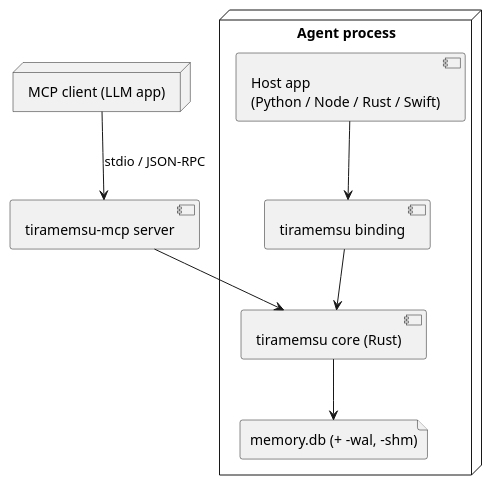
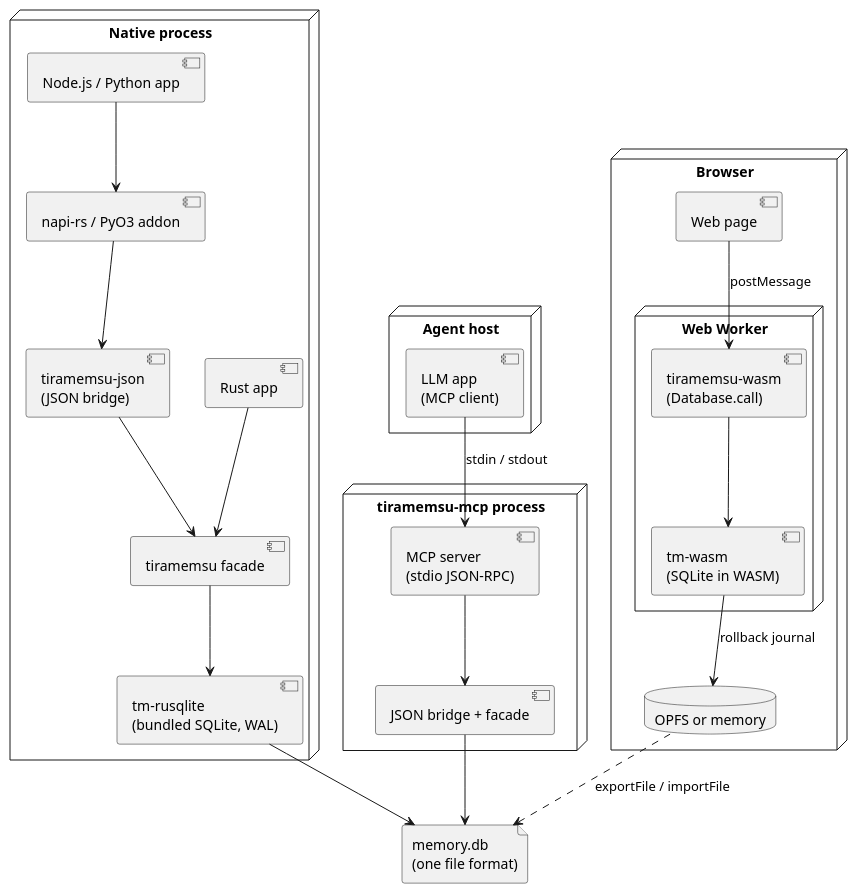
One commit to Volland/tiramemsu changed the fourth of 4 diagrams in lat.md/architecture.md. Above: the diagram before and after it, drawn with PlantUML. The commit also changed other lines of this file and 6 other files, not shown here.

Commit message:
lat.md: how the 0.3 features work, architecture, crate and deployment diagrams

````diff
--- a/lat.md/architecture.md
+++ b/lat.md/architecture.md
@@ -166,19 +266,48 @@
 ```plantuml
 @startuml deployment
 skinparam shadowing false
-node "Agent process" {
-  component "Host app\n(Python / Node / Rust / Swift)" as HOST
-  component "tiramemsu binding" as BIND
-  component "tiramemsu core (Rust)" as CORE
-  file "memory.db (+ -wal, -shm)" as FILE
+
+node "Native process" {
+  component "Rust app" as RUST
+  component "Node.js / Python app" as SCRIPT
+  component "napi-rs / PyO3 addon" as ADDON
+  component "tiramemsu-json\n(JSON bridge)" as JSON
+  component "tiramemsu facade" as FACADE
+  component "tm-rusqlite\n(bundled SQLite, WAL)" as RUSQ
 }
-node "MCP client (LLM app)" as MCPC
-component "tiramemsu-mcp server" as MCP
 
-HOST --> BIND
-BIND --> CORE
-CORE --> FILE
-MCPC --> MCP : stdio / JSON-RPC
-MCP --> CORE
+node "Agent host" {
+  component "LLM app\n(MCP client)" as CLIENT
+}
+
+node "tiramemsu-mcp process" {
+  component "MCP server\n(stdio JSON-RPC)" as MCP
+  component "JSON bridge + facade" as MCPCORE
+}
+
+node "Browser" {
+  component "Web page" as PAGE
+  node "Web Worker" {
+    component "tiramemsu-wasm\n(Database.call)" as BWASM
+    component "tm-wasm\n(SQLite in WASM)" as WASM
+  }
+  database "OPFS or memory" as OPFS
+}
+
+file "memory.db\n(one file format)" as FILE
+
+RUST --> FACADE
+SCRIPT --> ADDON
+ADDON --> JSON
+JSON --> FACADE
+FACADE --> RUSQ
+RUSQ --> FILE
+CLIENT --> MCP : stdin / stdout
+MCP --> MCPCORE
+MCPCORE --> FILE
+PAGE --> BWASM : postMessage
+BWASM --> WASM
+WASM --> OPFS : rollback journal
+OPFS ..> FILE : exportFile / importFile
 @enduml
 ```
````
